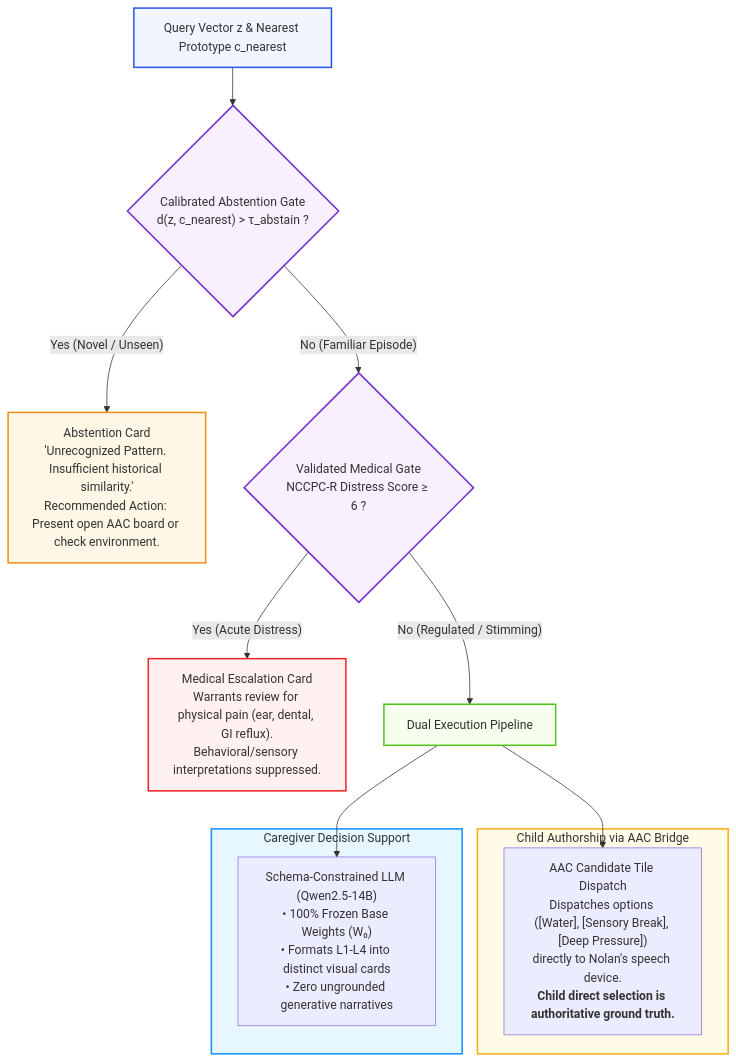
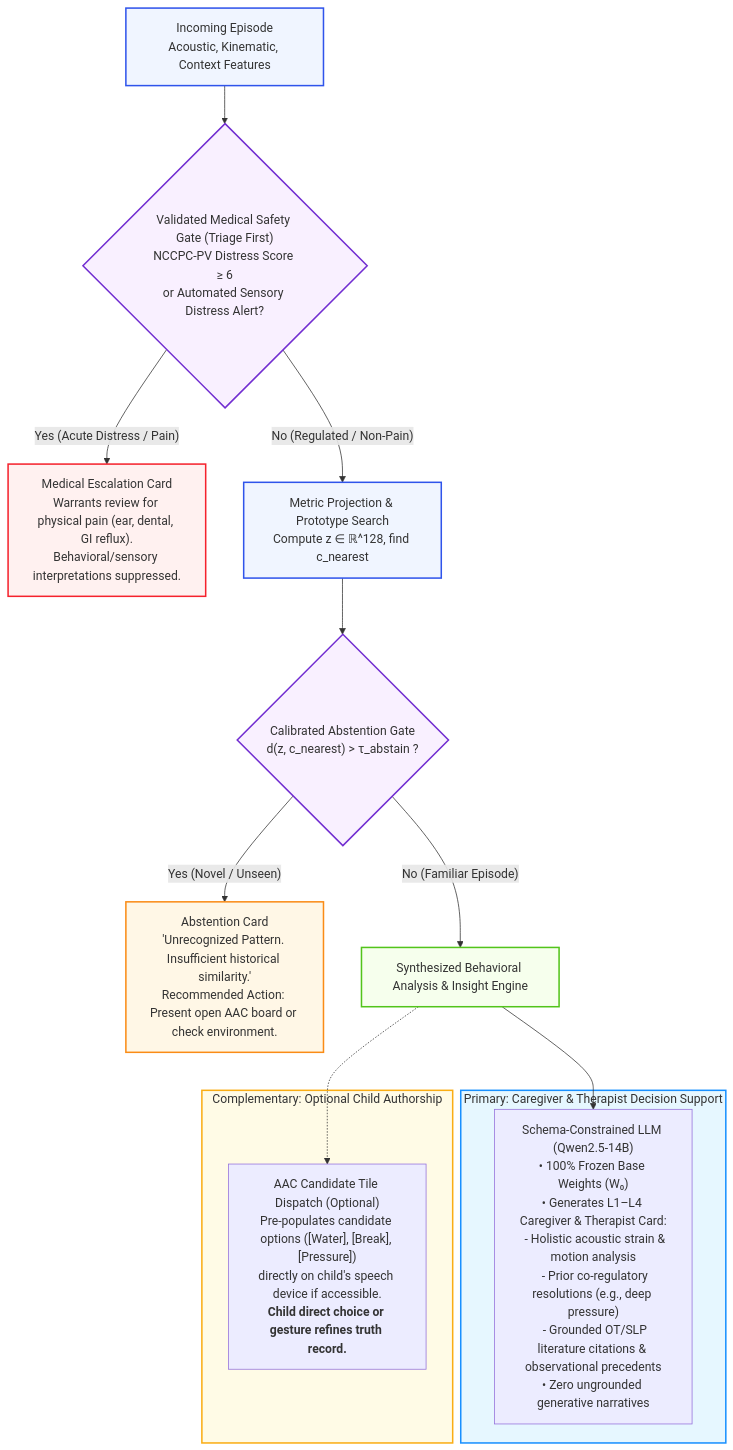
One commit to olostan/project_n changed the sixth of 7 diagrams in DESIGN.md. Above: the diagram before and after it, drawn with Mermaid. The commit also changed other lines of this file and 10 other files, not shown here.

First line of the commit message:
Complete epistemic pivot to Behavioral Resolution criterion and resolve review findings

````diff
--- a/DESIGN.md
+++ b/DESIGN.md
@@ -199,32 +200,35 @@
 ```mermaid
 graph TD
-    Query["Query Vector z & Nearest Prototype c_nearest"] --> Gate1{"Calibrated Abstention Gate<br/>d(z, c_nearest) > τ_abstain ?"}
+    Query["Incoming Episode<br/>Acoustic, Kinematic, Context Features"] --> Gate1{"Validated Medical Safety Gate (Triage First)<br/>NCCPC-PV Distress Score ≥ 6<br/>or Automated Sensory Distress Alert?"}
 
-    Gate1 -- "Yes (Novel / Unseen)" --> AbstainCard["Abstention Card<br/>'Unrecognized Pattern. Insufficient historical similarity.'<br/>Recommended Action: Present open AAC board or check environment."]
+    Gate1 -- "Yes (Acute Distress / Pain)" --> MedicalCard["Medical Escalation Card<br/>Warrants review for physical pain (ear, dental, GI reflux).<br/>Behavioral/sensory interpretations suppressed."]
 
-    Gate1 -- "No (Familiar Episode)" --> Gate2{"Validated Medical Gate<br/>NCCPC-R Distress Score ≥ 6 ?"}
+    Gate1 -- "No (Regulated / Non-Pain)" --> Embed["Metric Projection & Prototype Search<br/>Compute z ∈ ℝ^128, find c_nearest"]
 
-    Gate2 -- "Yes (Acute Distress)" --> MedicalCard["Medical Escalation Card<br/>Warrants review for physical pain (ear, dental, GI reflux).<br/>Behavioral/sensory interpretations suppressed."]
+    Embed --> Gate2{"Calibrated Abstention Gate<br/>d(z, c_nearest) > τ_abstain ?"}
 
-    Gate2 -- "No (Regulated / Stimming)" --> DualExec["Dual Execution Pipeline"]
+    Gate2 -- "Yes (Novel / Unseen)" --> AbstainCard["Abstention Card<br/>'Unrecognized Pattern. Insufficient historical similarity.'<br/>Recommended Action: Present open AAC board or check environment."]
 
-    subgraph AACPathway ["Child Authorship via AAC Bridge"]
-        AAC["AAC Candidate Tile Dispatch<br/>Dispatches options ([Water], [Sensory Break], [Deep Pressure])<br/>directly to Nolan's speech device.<br/><b>Child direct selection is authoritative ground truth.</b>"]
+    Gate2 -- "No (Familiar Episode)" --> InsightSynthesis["Synthesized Behavioral Analysis & Insight Engine"]
+
+    subgraph CaregiverPathway ["Primary: Caregiver & Therapist Decision Support"]
+        LLM["Schema-Constrained LLM (Qwen2.5-14B)<br/>• 100% Frozen Base Weights (W₀)<br/>• Generates L1–L4 Caregiver & Therapist Card:<br/>  - Holistic acoustic strain & motion analysis<br/>  - Prior co-regulatory resolutions (e.g., deep pressure)<br/>  - Grounded OT/SLP literature citations & observational precedents<br/>• Zero ungrounded generative narratives"]
     end
 
-    subgraph CaregiverPathway ["Caregiver Decision Support"]
-        LLM["Schema-Constrained LLM (Qwen2.5-14B)<br/>• 100% Frozen Base Weights (W₀)<br/>• Formats L1-L4 into distinct visual cards<br/>• Zero ungrounded generative narratives"]
+    subgraph AACPathway ["Complementary: Optional Child Authorship"]
+        AAC["AAC Candidate Tile Dispatch (Optional)<br/>Pre-populates candidate options ([Water], [Break], [Pressure])<br/>directly on child's speech device if accessible.<br/><b>Child direct choice or gesture refines truth record.</b>"]
     end
 
-    DualExec --> AAC
-    DualExec --> LLM
+    InsightSynthesis --> LLM
+    InsightSynthesis -.-> AAC
 
     style Query fill:#f0f5ff,stroke:#2f54eb,stroke-width:2px
     style Gate1 fill:#f9f0ff,stroke:#722ed1,stroke-width:2px
     style Gate2 fill:#f9f0ff,stroke:#722ed1,stroke-width:2px
+    style Embed fill:#f0f5ff,stroke:#2f54eb,stroke-width:2px
     style AbstainCard fill:#fff7e6,stroke:#fa8c16,stroke-width:2px
     style MedicalCard fill:#fff1f0,stroke:#f5222d,stroke-width:2px
-    style DualExec fill:#f6ffed,stroke:#52c41a,stroke-width:2px
+    style InsightSynthesis fill:#f6ffed,stroke:#52c41a,stroke-width:2px
+    style CaregiverPathway fill:#e6f7ff,stroke:#1890ff,stroke-width:2px
     style AACPathway fill:#fffbe6,stroke:#faad14,stroke-width:2px
-    style CaregiverPathway fill:#e6f7ff,stroke:#1890ff,stroke-width:2px
 ```
````
